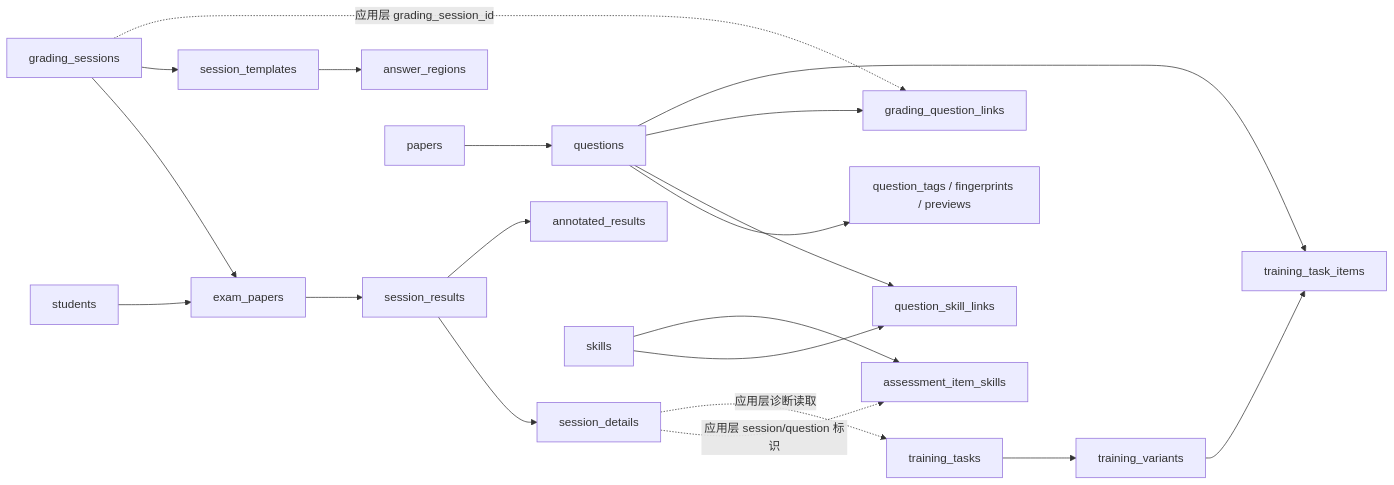
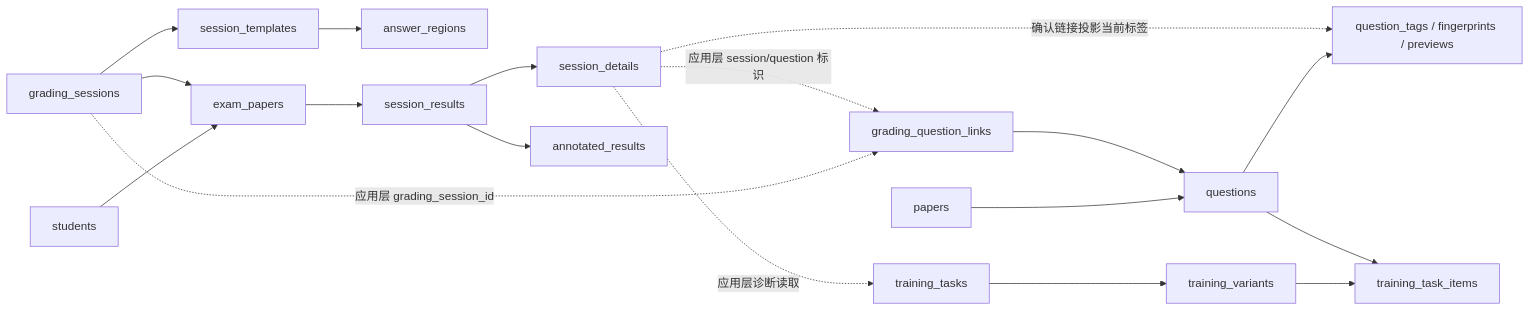
One commit to Hineni412/ai-grading-system-workstation changed the fifth of 5 diagrams in ARCHITECTURE.md. Above: the diagram before and after it, drawn with Mermaid. The commit also changed other lines of this file and 4 other files, not shown here.

````diff
--- a/ARCHITECTURE.md
+++ b/ARCHITECTURE.md
@@ -336,24 +341,22 @@
 ```mermaid
 flowchart LR
     Student["students"] --> Paper["exam_papers"]
     Session["grading_sessions"] --> Paper
     Session --> Template["session_templates"]
     Template --> Region["answer_regions"]
     Paper --> Result["session_results"]
     Result --> Detail["session_details"]
     Result --> Annotation["annotated_results"]
 
     QPaper["papers"] --> Question["questions"]
     Question --> Tag["question_tags / fingerprints / previews"]
-    Question --> QSkill["question_skill_links"]
-    Question --> GLink["grading_question_links"]
-    Skill["skills"] --> QSkill
-    Skill --> ASkill["assessment_item_skills"]
+    GLink["grading_question_links"] --> Question
     Task["training_tasks"] --> Variant["training_variants"]
     Variant --> Item["training_task_items"]
     Question --> Item
 
-    Detail -. "应用层 session/question 标识" .-> ASkill
     Session -. "应用层 grading_session_id" .-> GLink
+    Detail -. "应用层 session/question 标识" .-> GLink
+    Detail -. "确认链接投影当前标签" .-> Tag
     Detail -. "应用层诊断读取" .-> Task
 ```
````
